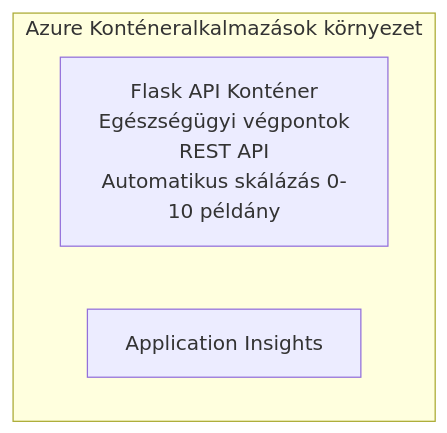
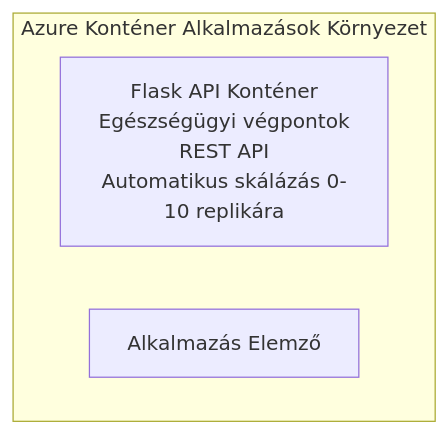
The diagram in translations/hu/examples/container-app/simple-flask-api/README.md (microsoft/AZD-for-beginners), drawn with Mermaid before and after one commit. The commit also changed other lines of this file and 104 other files, not shown here.

````diff
--- a/translations/hu/examples/container-app/simple-flask-api/README.md
+++ b/translations/hu/examples/container-app/simple-flask-api/README.md
@@ -26,7 +26,7 @@
 ```mermaid
 graph TD
-    subgraph ACA[Azure Konténeralkalmazások környezet]
-        Flask[Flask API Konténer<br/>Egészségügyi végpontok<br/>REST API<br/>Automatikus skálázás 0-10 példány]
-        AppInsights[Application Insights]
+    subgraph ACA[Azure Konténer Alkalmazások Környezet]
+        Flask[Flask API Konténer<br/>Egészségügyi végpontok<br/>REST API<br/>Automatikus skálázás 0-10 replikára]
+        AppInsights[Alkalmazás Elemző]
     end
 ```
````
